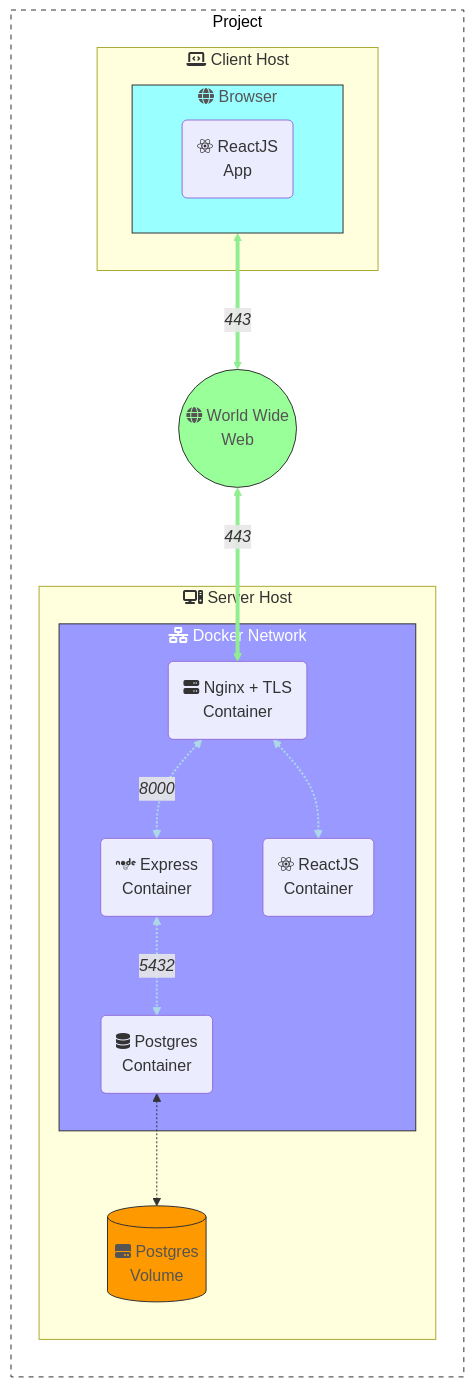
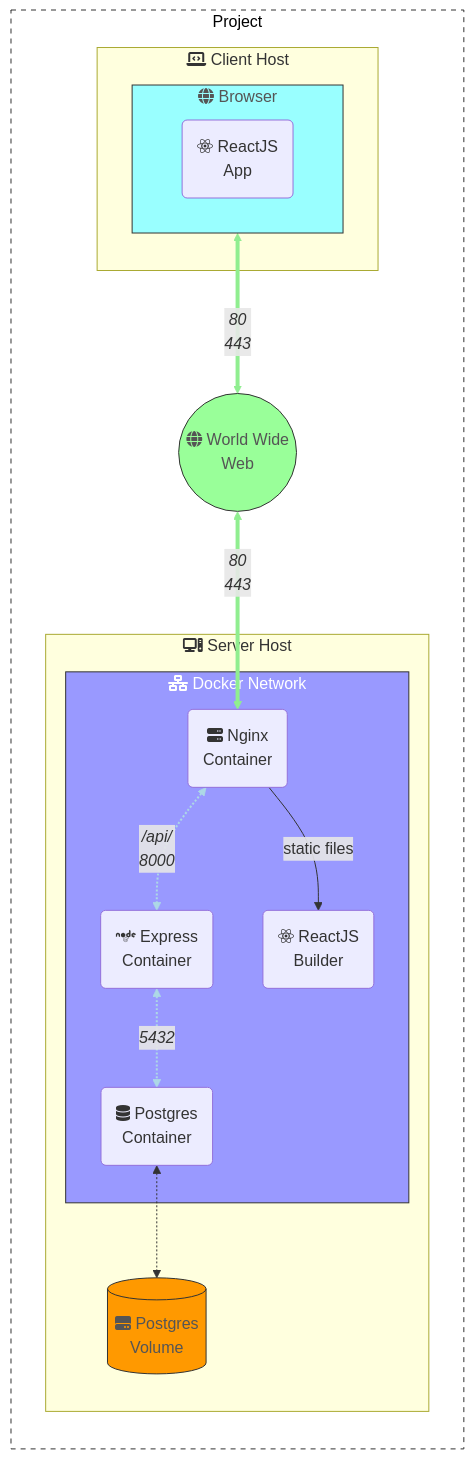
Before and after one commit to Tablerase/42_Matcha: the first of 5 diagrams in README.md, drawn with Mermaid. The commit also changed 1 other file, not shown here.

Commit message:
refactor: update architecture diagram and add docker compose to script

````diff
--- a/README.md
+++ b/README.md
@@ -7,63 +7,63 @@
 ```mermaid
 ---
 config:
   curve: basis
   htmlLabels: true
 ---
 flowchart
   direction TB
   classDef black fill:#000,stroke:#333,stroke-width:1px;
   classDef white fill:#fff,color:#555,stroke:#333,stroke-width:1px;
   classDef white_border fill:#fff,color:#000,stroke:#333,stroke-width:1px, stroke-dasharray: 5, 5;
   classDef green fill:#0f0,color:#555,stroke:#333,stroke-width:1px;
   classDef lightblue fill:#99f,color:#fff,stroke:#333,stroke-width:1px;
   classDef lightgreen fill:#9f9,color:#555,stroke:#333,stroke-width:1px;
   classDef lightred fill:#f99,color:#555,stroke:#333,stroke-width:1px;
   classDef lightyellow fill:#ff9,color:#555,stroke:#333,stroke-width:1px;
   classDef lightorange fill:#f90,color:#555,stroke:#333,stroke-width:1px;
   classDef lightpurple fill:#f0f,color:#555,stroke:#333,stroke-width:1px;
   classDef lightcyan fill:#9ff,color:#555,stroke:#333,stroke-width:1px;
   classDef lightpink fill:#f9f,color:#555,stroke:#333,stroke-width:1px;
   classDef lightbrown fill:#963,color:#555,stroke:#333,stroke-width:1px;
   classDef lightgrey fill:#999,color:#555,stroke:#333,stroke-width:1px;
   classDef lightblack fill:#000,stroke:#333,stroke-width:1px;
   classDef lightwhite fill:#fff,color:#555,stroke:#333,stroke-width:1px;
 
   Project:::white_border
   subgraph Project
     direction TB
-    WorldWideWeb <-->|"`*443*`"| Nginx
+    WorldWideWeb <-->|"`*80<br>443*`"| Nginx
     WorldWideWeb((fa:fa-globe World Wide<br>Web)):::lightgreen
-    Browser <-->|"`*443*`"| WorldWideWeb
+    Browser <-->|"`*80<br>443*`"| WorldWideWeb
 
     subgraph Client_Host["fas:fa-laptop-code Client Host"]
       Browser:::lightcyan
 
       subgraph Browser["fas:fa-globe Browser"]
         React_App("fab:fa-react ReactJS<br>App")
       end
 
     end
 
     subgraph Server_Host["fas:fa-computer Server Host"]
       Docker_Network:::lightblue
 
       subgraph Docker_Network["fas:fa-network-wired Docker Network"]
         Postgres("fa:fa-database Postgres<br>Container")
-        Nginx("fa:fa-server Nginx + TLS<br>Container")
+        Nginx("fa:fa-server Nginx<br>Container")
         Express_Server("fab:fa-node Express<br>Container")
-        React_Build("fab:fa-react ReactJS<br>Container")
+        React_Build("fab:fa-react ReactJS<br>Builder")
       end
-      Nginx <-.->|"`*8000*`"| Express_Server
+      Nginx <-.->|"`*/api/<br>8000*`"| Express_Server
       Express_Server <-.->|"`*5432*`"| Postgres
-      Nginx <-.-> React_Build
+      Nginx -->|"static files"| React_Build
 
     Volume_Postgres[("fas:fa-hdd Postgres<br>Volume")]:::lightorange
     Postgres <-.-> Volume_Postgres
     end
   end
 
   linkStyle 0,1 stroke:lightgreen,stroke-width:4px;
-  linkStyle 2,3,4 stroke:lightblue,stroke-width:2px;
+  linkStyle 2,3 stroke:lightblue,stroke-width:2px;
 
 ```
````
